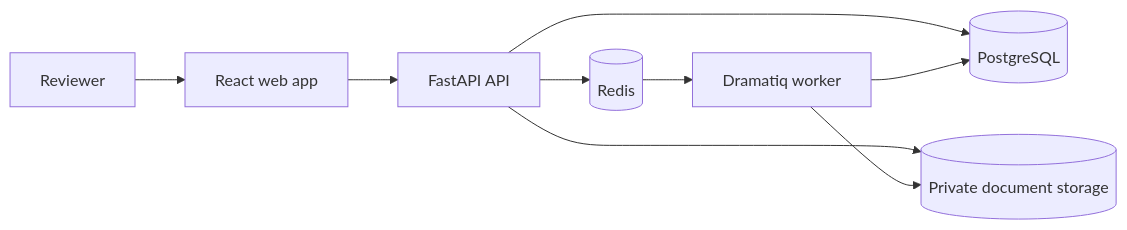
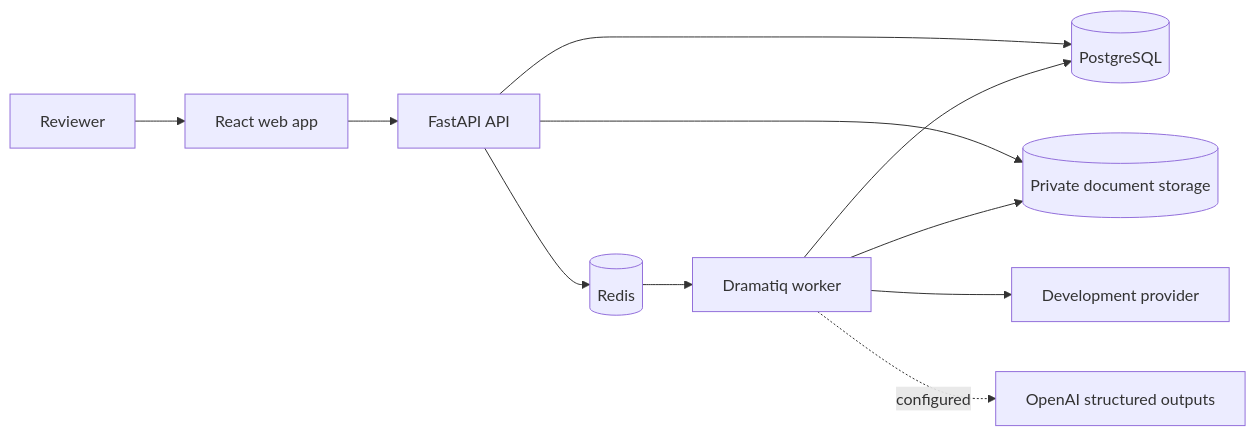
The diagram in README.md (hafiz475/AI-Document-Intelligence-Verification-Platform), drawn with Mermaid before and after one commit. The commit also changed other lines of this file and 36 other files, not shown here.

```diff
--- a/README.md
+++ b/README.md
@@ -39,11 +48,13 @@
 ~~~mermaid
 flowchart LR
     U[Reviewer] --> W[React web app]
     W --> A[FastAPI API]
     A --> P[(PostgreSQL)]
     A --> R[(Redis)]
     R --> J[Dramatiq worker]
     A --> S[(Private document storage)]
     J --> S
     J --> P
+    J --> D[Development provider]
+    J -. configured .-> O[OpenAI structured outputs]
 ~~~
```
